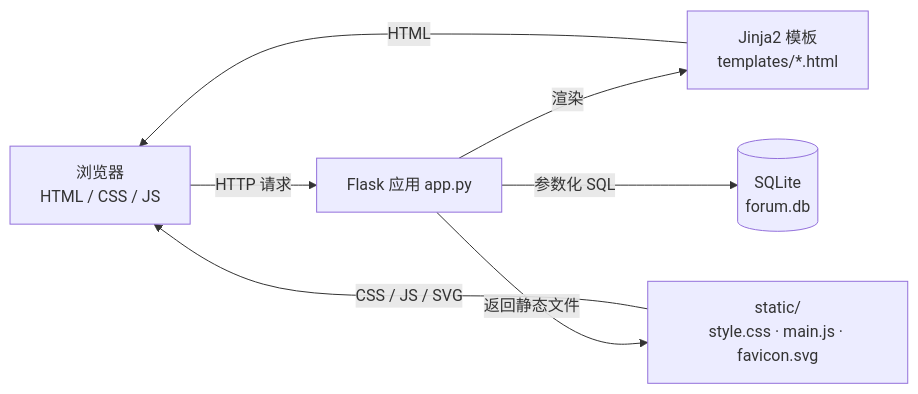
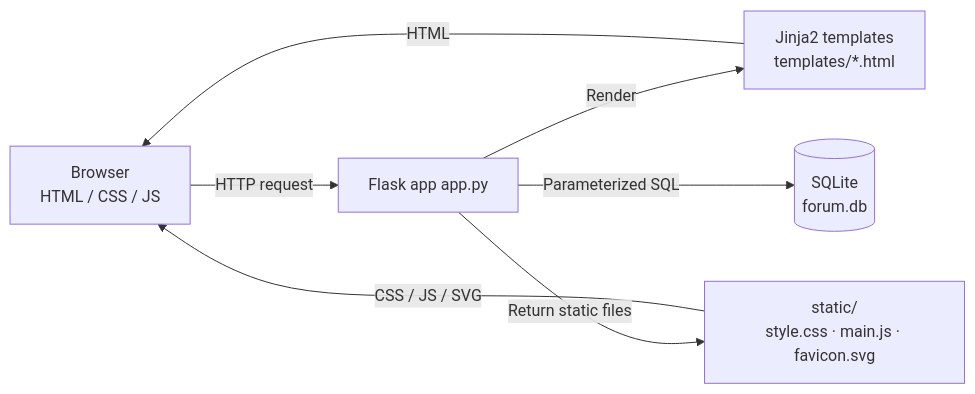
The second of 2 diagrams in README.md (anjuxi/Campus), drawn with Mermaid before and after one commit. The commit also changed other lines of this file, not shown here.

````diff
--- a/README.md
+++ b/README.md
@@ -292,9 +292,9 @@
 ```mermaid
 flowchart LR
-    B[浏览器<br/>HTML / CSS / JS] -->|HTTP 请求| F[Flask 应用 app.py]
-    F -->|渲染| T[Jinja2 模板<br/>templates/*.html]
-    F -->|返回静态文件| S[static/<br/>style.css · main.js · favicon.svg]
-    F -->|参数化 SQL| D[(SQLite<br/>forum.db)]
+    B[Browser<br/>HTML / CSS / JS] -->|HTTP request| F[Flask app app.py]
+    F -->|Render| T[Jinja2 templates<br/>templates/*.html]
+    F -->|Return static files| S[static/<br/>style.css · main.js · favicon.svg]
+    F -->|Parameterized SQL| D[(SQLite<br/>forum.db)]
     T -->|HTML| B
     S -->|CSS / JS / SVG| B
 ```
````
